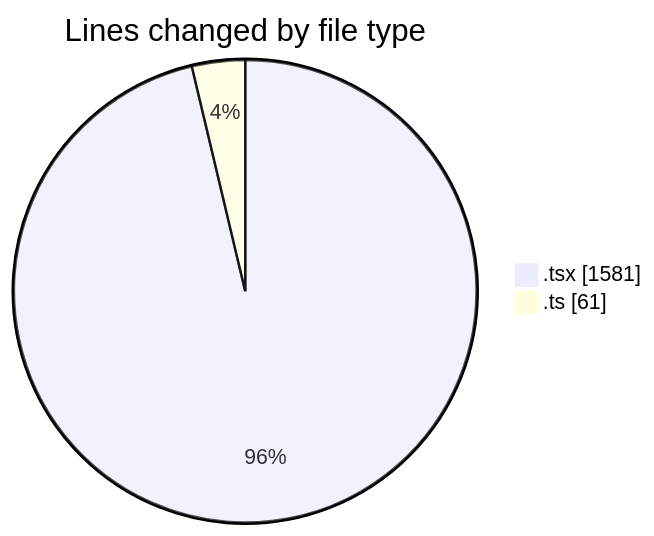
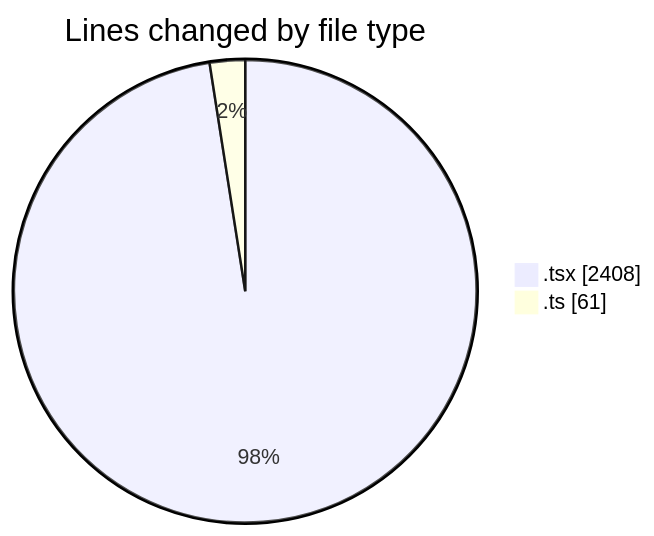
Before and after one commit to julien-gomy/code-tracking: the first of 2 diagrams in 2025-11-18/eventscop-frontend-guide__workspace_/README.md, drawn with Mermaid. The commit also changed other lines of this file and 1 other file, not shown here.

````diff
--- a/2025-11-18/eventscop-frontend-guide__workspace_/README.md
+++ b/2025-11-18/eventscop-frontend-guide__workspace_/README.md
@@ -30,6 +31,6 @@
 ```mermaid
 pie showData
 title Lines changed by file type
-".tsx" : 1581
+".tsx" : 2408
 ".ts" : 61
 ```
````
